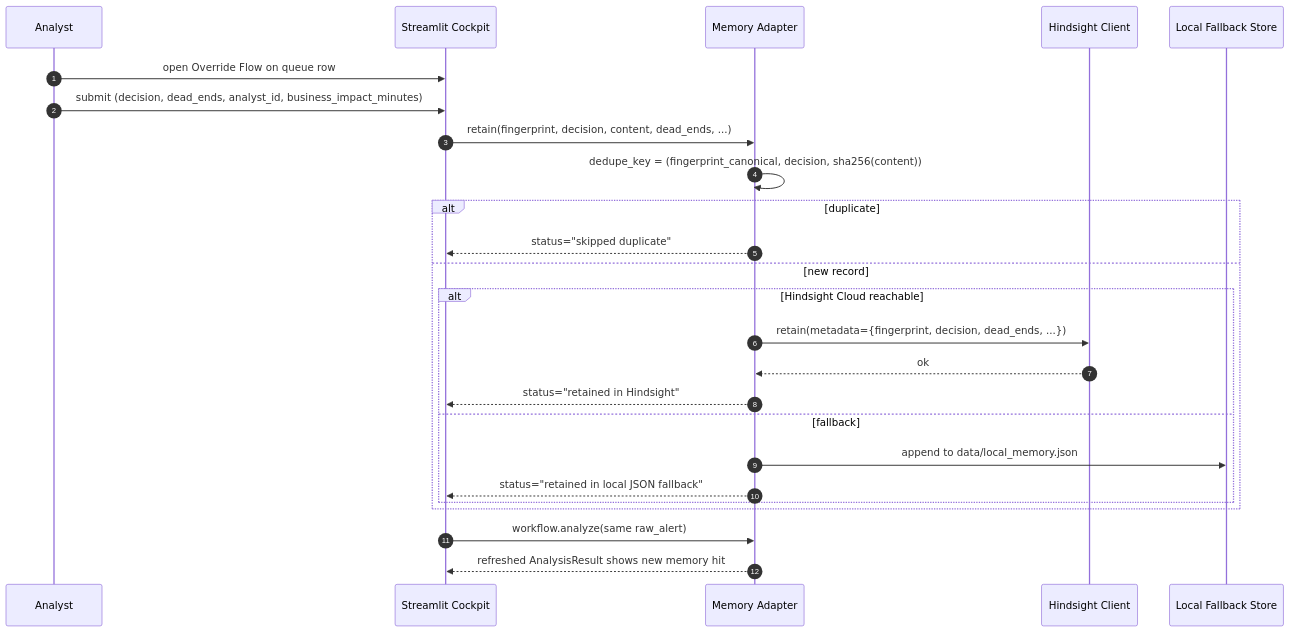
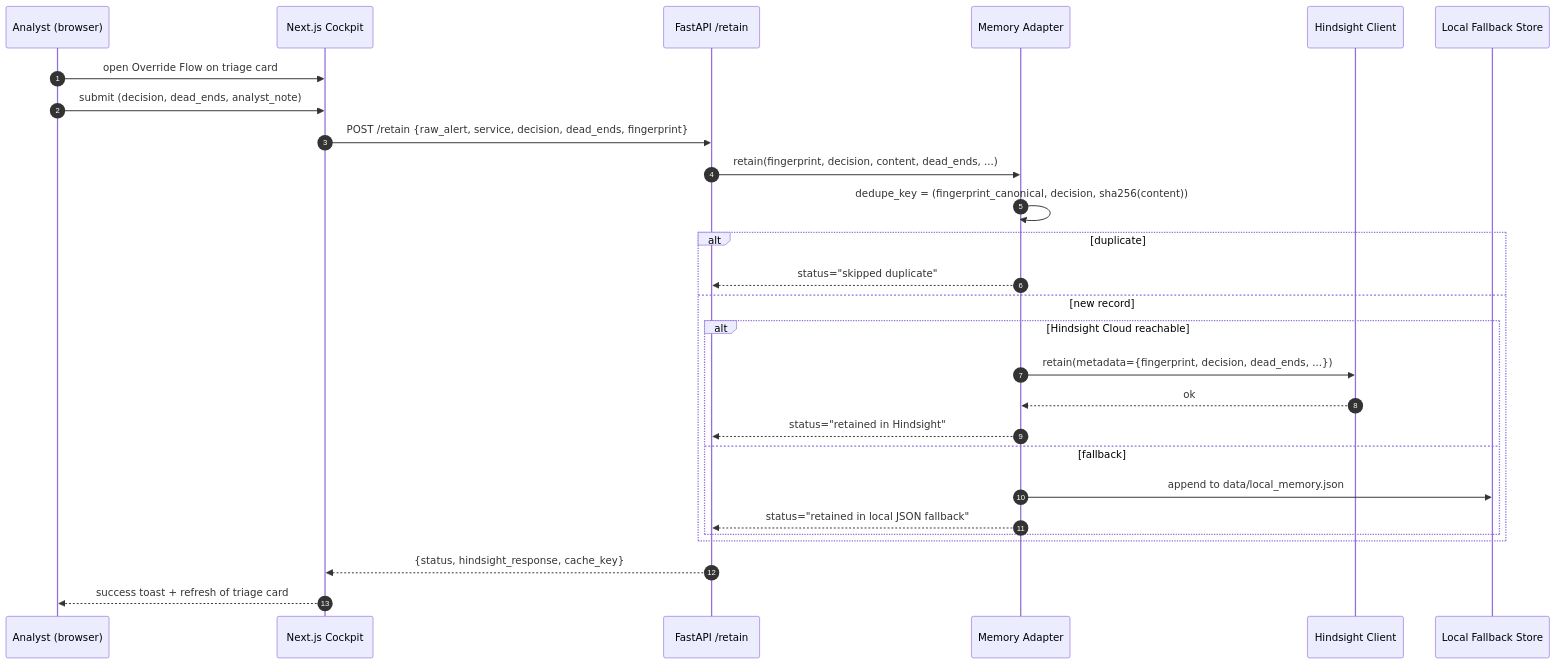
One commit to Dawn-Fighter/Open-Recall changed the fourth of 5 diagrams in docs/ARCHITECTURE.md. Above: the diagram before and after it, drawn with Mermaid. The commit also changed other lines of this file and 64 other files, not shown here.

First line of the commit message:
fix(memory): re-rank Hindsight Cloud results by metadata richness (R7.4, P6, P13)

````diff
--- a/docs/ARCHITECTURE.md
+++ b/docs/ARCHITECTURE.md
@@ -128,28 +155,30 @@
 ```mermaid
 sequenceDiagram
     autonumber
-    participant U as Analyst
-    participant C as Streamlit Cockpit
+    participant U as Analyst (browser)
+    participant FE as Next.js Cockpit
+    participant BE as FastAPI /retain
     participant M as Memory Adapter
     participant H as Hindsight Client
     participant L as Local Fallback Store
 
-    U->>C: open Override Flow on queue row
-    U->>C: submit (decision, dead_ends, analyst_id, business_impact_minutes)
-    C->>M: retain(fingerprint, decision, content, dead_ends, ...)
+    U->>FE: open Override Flow on triage card
+    U->>FE: submit (decision, dead_ends, analyst_note)
+    FE->>BE: POST /retain {raw_alert, service, decision, dead_ends, fingerprint}
+    BE->>M: retain(fingerprint, decision, content, dead_ends, ...)
     M->>M: dedupe_key = (fingerprint_canonical, decision, sha256(content))
     alt duplicate
-        M-->>C: status="skipped duplicate"
+        M-->>BE: status="skipped duplicate"
     else new record
         alt Hindsight Cloud reachable
             M->>H: retain(metadata={fingerprint, decision, dead_ends, ...})
             H-->>M: ok
-            M-->>C: status="retained in Hindsight"
+            M-->>BE: status="retained in Hindsight"
         else fallback
             M->>L: append to data/local_memory.json
-            M-->>C: status="retained in local JSON fallback"
+            M-->>BE: status="retained in local JSON fallback"
         end
     end
-    C->>M: workflow.analyze(same raw_alert)
-    M-->>C: refreshed AnalysisResult shows new memory hit
+    BE-->>FE: {status, hindsight_response, cache_key}
+    FE-->>U: success toast + refresh of triage card
 ```
````
